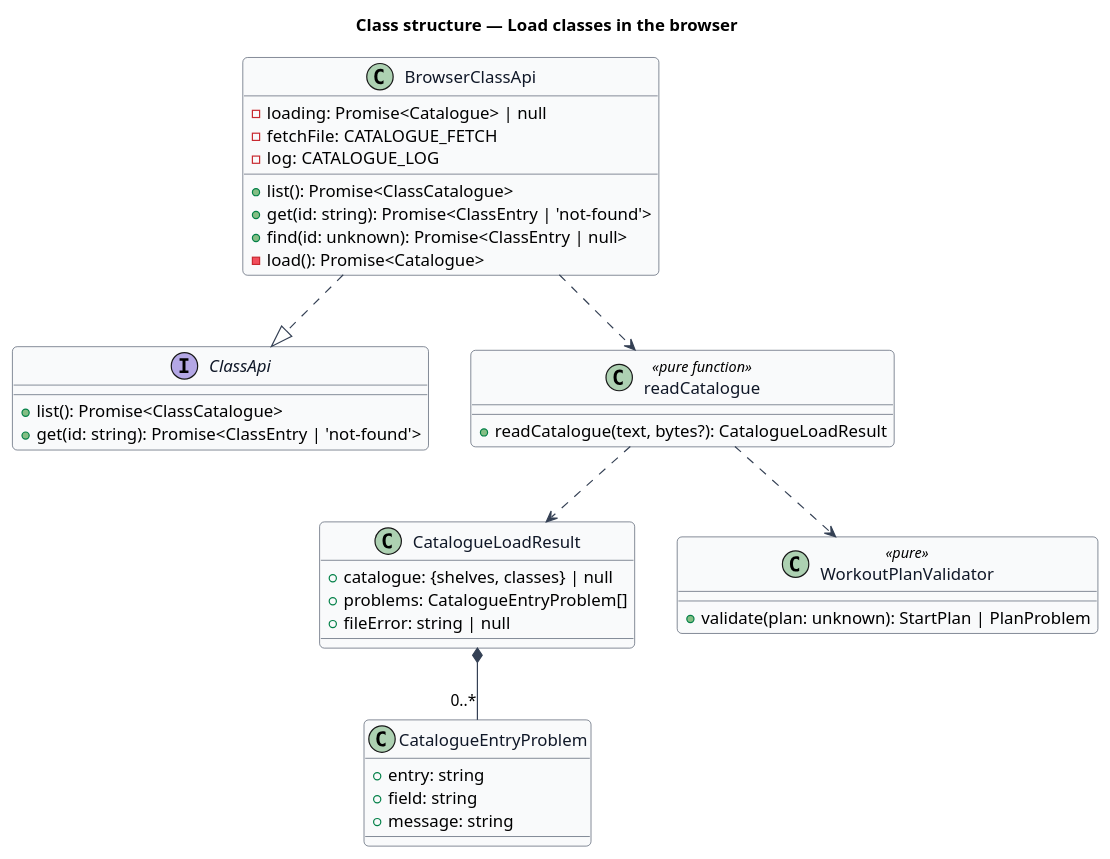
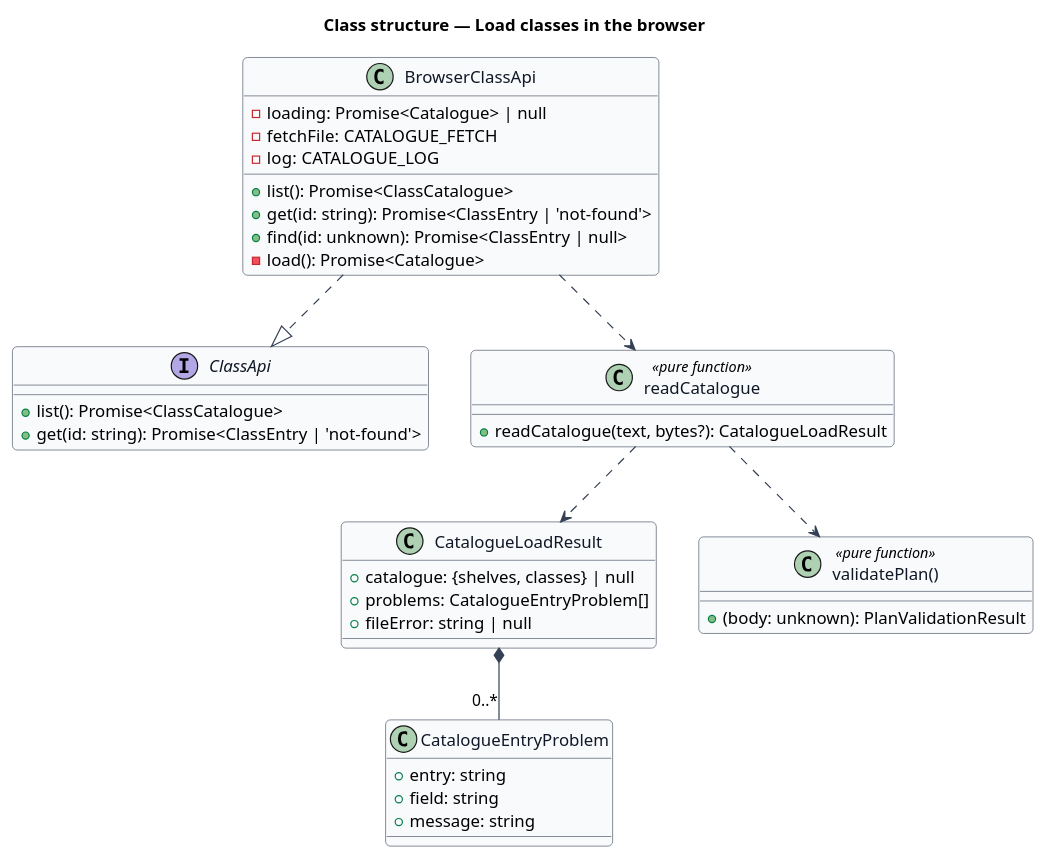
The diagram in docs/detailed-designs/browser-edition/load-classes-in-browser/diagrams/class-structure.puml (QuinntyneBrown/ride-one), drawn with PlantUML before and after one commit. The commit also changed 14 other files, not shown here.

```diff
--- a/docs/detailed-designs/browser-edition/load-classes-in-browser/diagrams/class-structure.puml
+++ b/docs/detailed-designs/browser-edition/load-classes-in-browser/diagrams/class-structure.puml
@@ -1,48 +1,48 @@
 @startuml
 skinparam backgroundColor #FFFFFF
 skinparam shadowing false
 skinparam roundcorner 8
 skinparam defaultFontName Arial
 skinparam ArrowColor #344054
 skinparam class {
   BorderColor #344054
   FontColor #101828
   BackgroundColor #F9FAFB
 }
 title Class structure — Load classes in the browser
 
 interface ClassApi {
   +list(): Promise<ClassCatalogue>
   +get(id: string): Promise<ClassEntry | 'not-found'>
 }
 class BrowserClassApi {
   -loading: Promise<Catalogue> | null
   -fetchFile: CATALOGUE_FETCH
   -log: CATALOGUE_LOG
   +list(): Promise<ClassCatalogue>
   +get(id: string): Promise<ClassEntry | 'not-found'>
   +find(id: unknown): Promise<ClassEntry | null>
   -load(): Promise<Catalogue>
 }
 class "readCatalogue" as ClassCatalogueReader <<pure function>> {
   +readCatalogue(text, bytes?): CatalogueLoadResult
 }
 class "CatalogueLoadResult" as CatalogueResult {
   +catalogue: {shelves, classes} | null
   +problems: CatalogueEntryProblem[]
   +fileError: string | null
 }
 class "CatalogueEntryProblem" as CatalogueProblem {
   +entry: string
   +field: string
   +message: string
 }
-class WorkoutPlanValidator <<pure>> {
-  +validate(plan: unknown): StartPlan | PlanProblem
+class "validatePlan()" as WorkoutPlanValidator <<pure function>> {
+  +(body: unknown): PlanValidationResult
 }
 BrowserClassApi ..|> ClassApi
 BrowserClassApi ..> ClassCatalogueReader
 ClassCatalogueReader ..> CatalogueResult
 CatalogueResult *-- "0..*" CatalogueProblem
 ClassCatalogueReader ..> WorkoutPlanValidator
 @enduml
```
